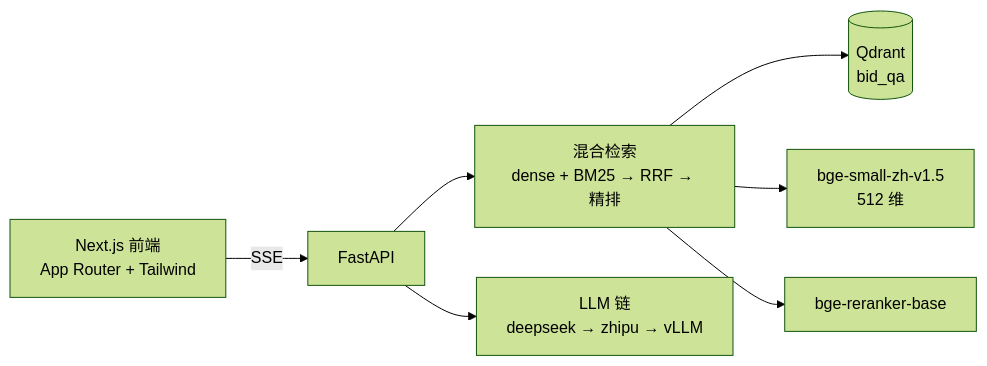
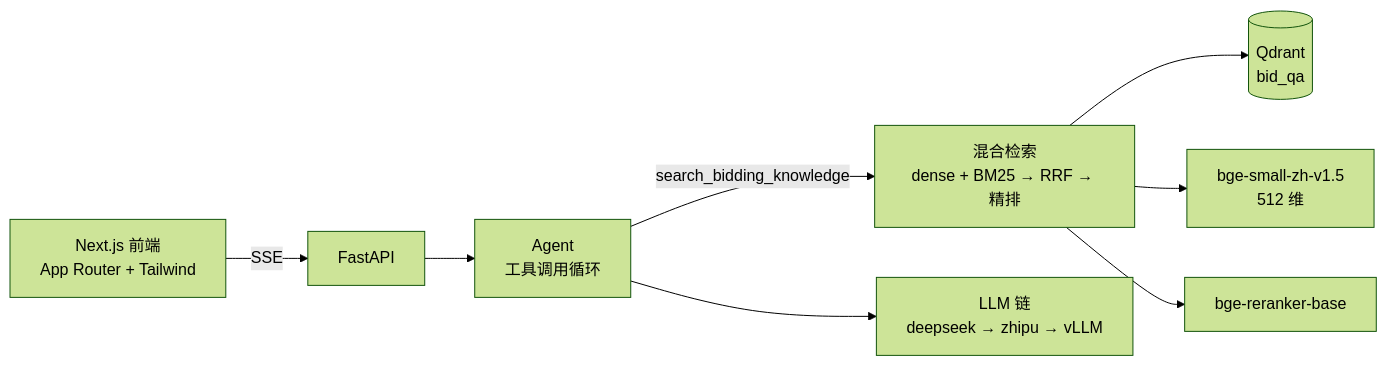
One commit to HoarHam/Bidding_QA_Chatbot changed the diagram in README.md. Above: the diagram before and after it, drawn with Mermaid (forest theme). The commit also changed other lines of this file and 25 other files, not shown here.

Commit message:
feat: 实现 Agent 工具调用循环，模型自主决定是否检索知识库

````diff
--- a/README.md
+++ b/README.md
@@ -86,9 +89,10 @@
 ```mermaid
 flowchart LR
     UI["Next.js 前端<br/>App Router + Tailwind"] -->|"SSE"| API["FastAPI"]
-    API --> RET["混合检索<br/>dense + BM25 → RRF → 精排"]
+    API --> AG["Agent<br/>工具调用循环"]
+    AG -->|"search_bidding_knowledge"| RET["混合检索<br/>dense + BM25 → RRF → 精排"]
     RET --> QD[("Qdrant<br/>bid_qa")]
     RET --> EMB["bge-small-zh-v1.5<br/>512 维"]
     RET --> RRK["bge-reranker-base"]
-    API --> LLM["LLM 链<br/>deepseek → zhipu → vLLM"]
+    AG --> LLM["LLM 链<br/>deepseek → zhipu → vLLM"]
 ```
````
